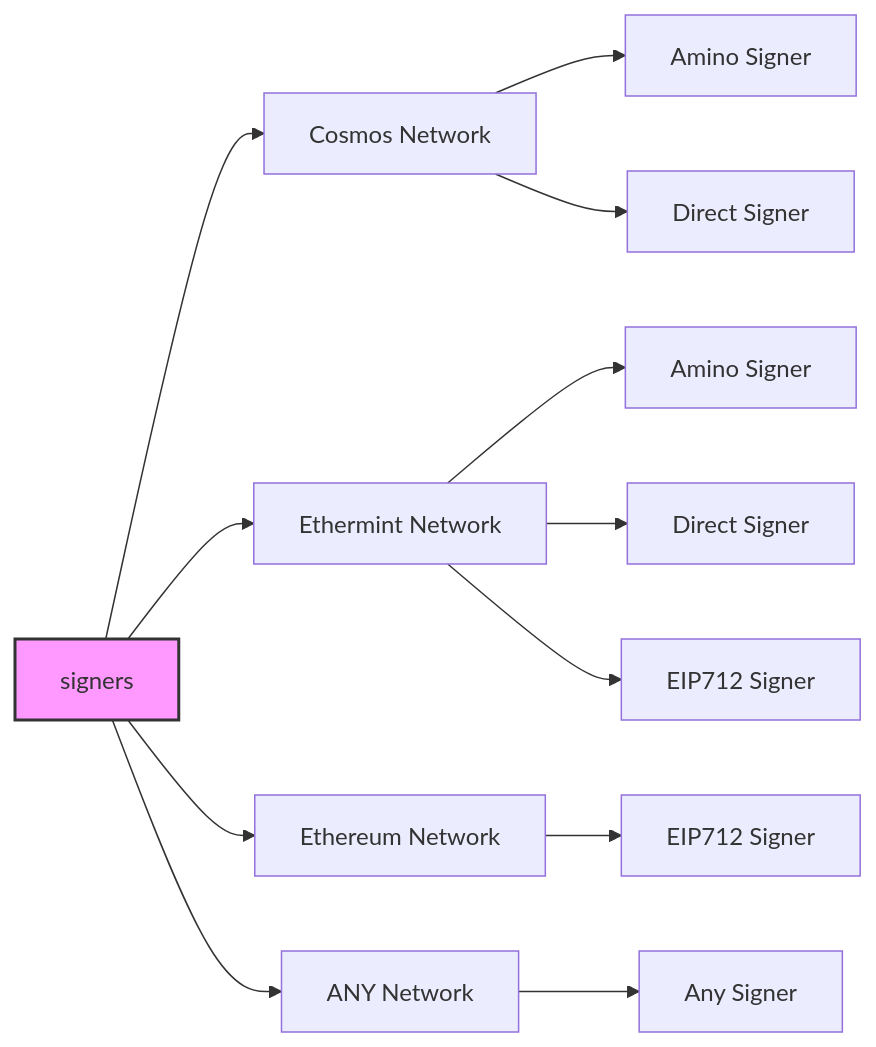
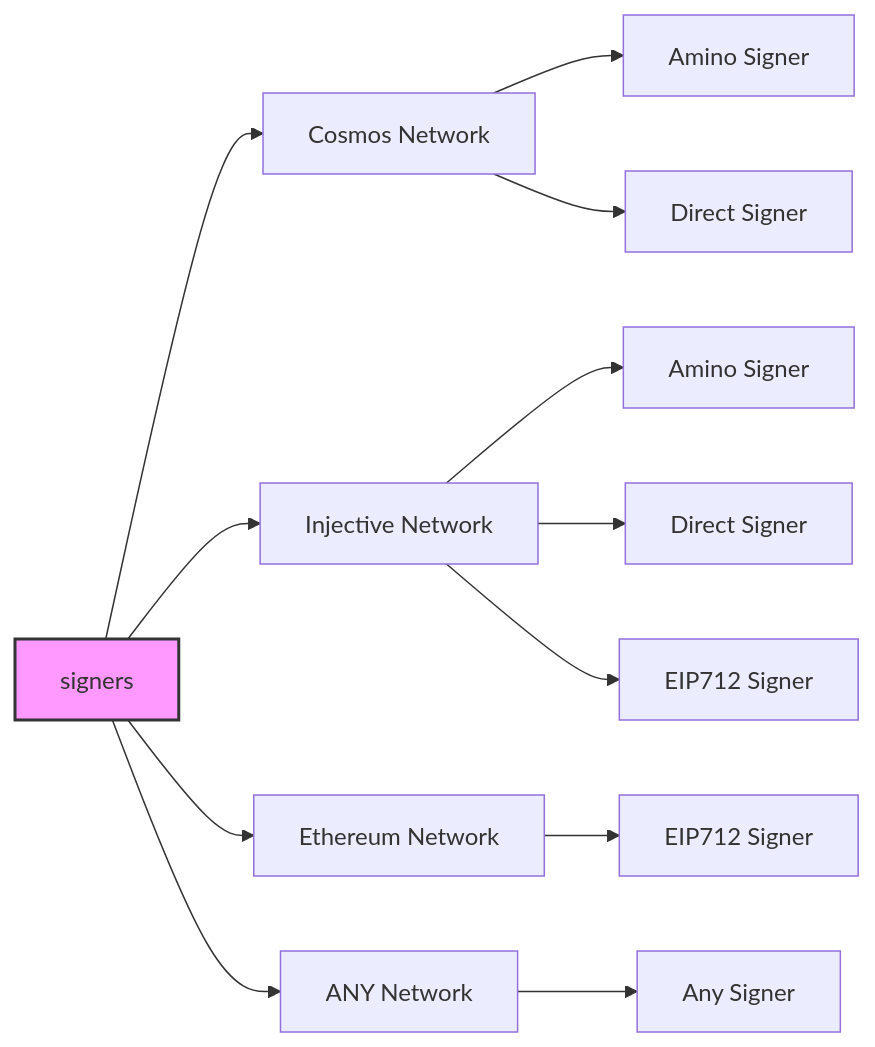
The first of 2 diagrams in README.md (cosmology-tech/interchainjs), drawn with Mermaid before and after one commit. The commit also changed other lines of this file and 3 other files, not shown here.

````diff
--- a/README.md
+++ b/README.md
@@ -27,20 +27,20 @@
 ```mermaid
 graph LR
     signers --> cosmos_signer["Cosmos Network"]
-    signers --> ethermint_signer["Ethermint Network"]
+    signers --> injective_signer["Injective Network"]
     signers --> ethereum_signer["Ethereum Network"]
     signers --> implement_signer["ANY Network"]
 
     cosmos_signer --> cosmos_amino["Amino Signer"]
     cosmos_signer --> cosmos_direct["Direct Signer"]
 
     ethereum_signer --> ethereum_eip712["EIP712 Signer"]
 
-    ethermint_signer --> ethermint_amino["Amino Signer"]
-    ethermint_signer --> ethermint_direct["Direct Signer"]
-    ethermint_signer --> ethermint_eip712["EIP712 Signer"]
+    injective_signer --> injective_amino["Amino Signer"]
+    injective_signer --> injective_direct["Direct Signer"]
+    injective_signer --> injective_eip712["EIP712 Signer"]
 
     implement_signer --> any_signer["Any Signer"]
 
     style signers fill:#f9f,stroke:#333,stroke-width:2px
 ```
````
